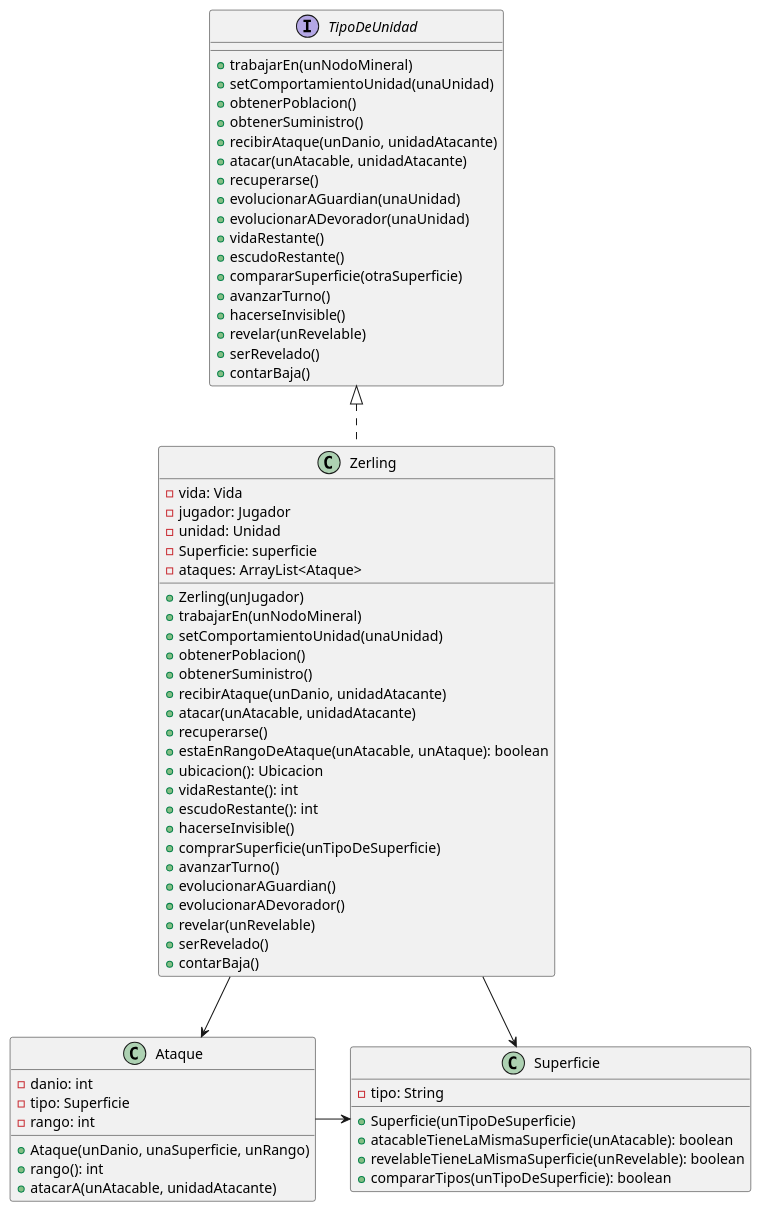
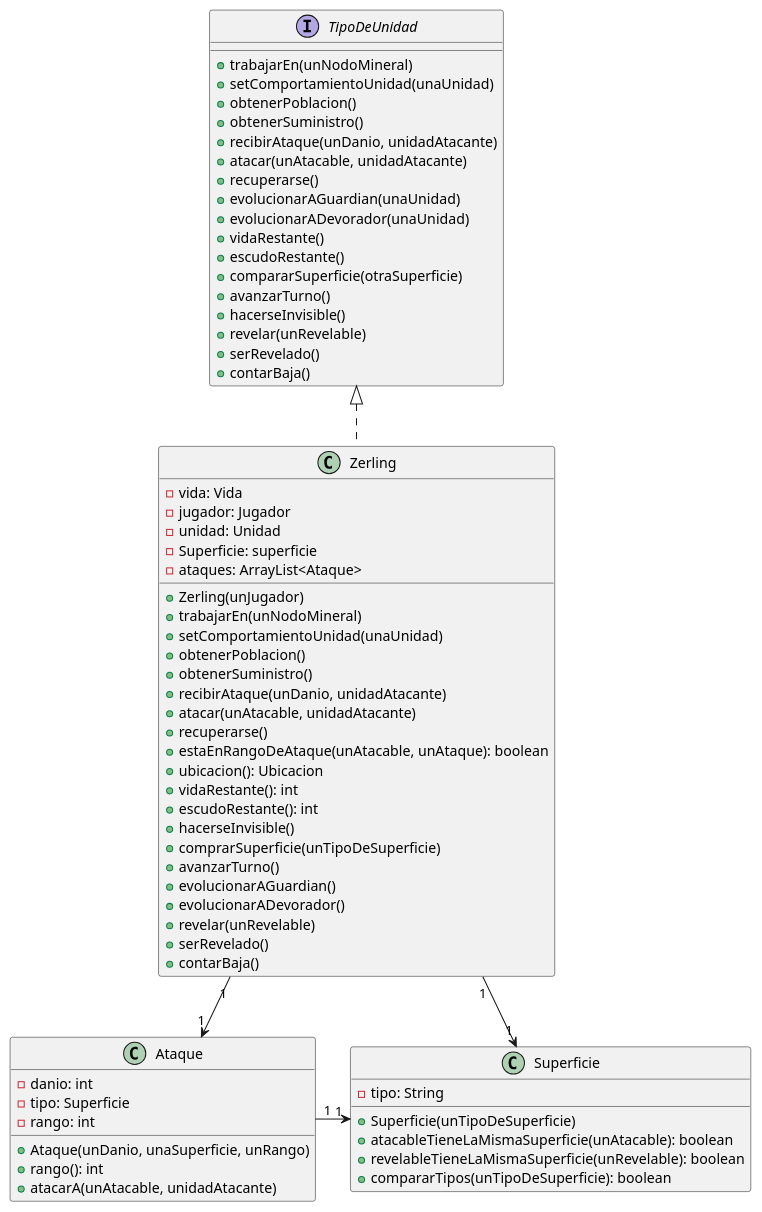
The diagram in diagrams/classes/Diagramas definitivos/TipoDeUnidadZerg.puml (joeldevel/algo3_tp_2), drawn with PlantUML before and after one commit. The commit also changed 6 other files, not shown here.

Commit message:
Diagramas

```diff
--- a/diagrams/classes/Diagramas definitivos/TipoDeUnidadZerg.puml
+++ b/diagrams/classes/Diagramas definitivos/TipoDeUnidadZerg.puml
@@ -1,73 +1,73 @@
 @startuml
 
 interface TipoDeUnidad {
     +trabajarEn(unNodoMineral)
     +setComportamientoUnidad(unaUnidad)
     +obtenerPoblacion()
     +obtenerSuministro()
     +recibirAtaque(unDanio, unidadAtacante)
     +atacar(unAtacable, unidadAtacante)
     +recuperarse()
     +evolucionarAGuardian(unaUnidad)
     +evolucionarADevorador(unaUnidad)
     +vidaRestante()
     +escudoRestante()
     +compararSuperficie(otraSuperficie)
     +avanzarTurno()
     +hacerseInvisible()
     +revelar(unRevelable)
     +serRevelado()
     +contarBaja()
 }
 
 class Zerling {
     -vida: Vida
     -jugador: Jugador
     -unidad: Unidad
     -Superficie: superficie
     -ataques: ArrayList<Ataque>
     +Zerling(unJugador)
     +trabajarEn(unNodoMineral)
     +setComportamientoUnidad(unaUnidad)
     +obtenerPoblacion()
     +obtenerSuministro()
     +recibirAtaque(unDanio, unidadAtacante)
     +atacar(unAtacable, unidadAtacante)
     +recuperarse()
     +estaEnRangoDeAtaque(unAtacable, unAtaque): boolean
     +ubicacion(): Ubicacion
     +vidaRestante(): int
     +escudoRestante(): int
     +hacerseInvisible()
     +comprarSuperficie(unTipoDeSuperficie)
     +avanzarTurno()
     +evolucionarAGuardian()
     +evolucionarADevorador()
     +revelar(unRevelable)
     +serRevelado()
     +contarBaja()
 }
 
 class Superficie {
     -tipo: String
     +Superficie(unTipoDeSuperficie)
     +atacableTieneLaMismaSuperficie(unAtacable): boolean
     +revelableTieneLaMismaSuperficie(unRevelable): boolean
     +compararTipos(unTipoDeSuperficie): boolean
 }
 
 class Ataque{
     -danio: int
     -tipo: Superficie
     -rango: int
     +Ataque(unDanio, unaSuperficie, unRango)
     +rango(): int
     +atacarA(unAtacable, unidadAtacante)
 }
 
 Zerling ..up|> TipoDeUnidad
-Zerling -down-> Ataque
-Zerling -down> Superficie
-Ataque -down> Superficie
+Zerling "1" -down-> "1" Ataque
+Zerling "1" -down> "1" Superficie
+Ataque "1" -down> "1" Superficie
 
 @enduml
```
